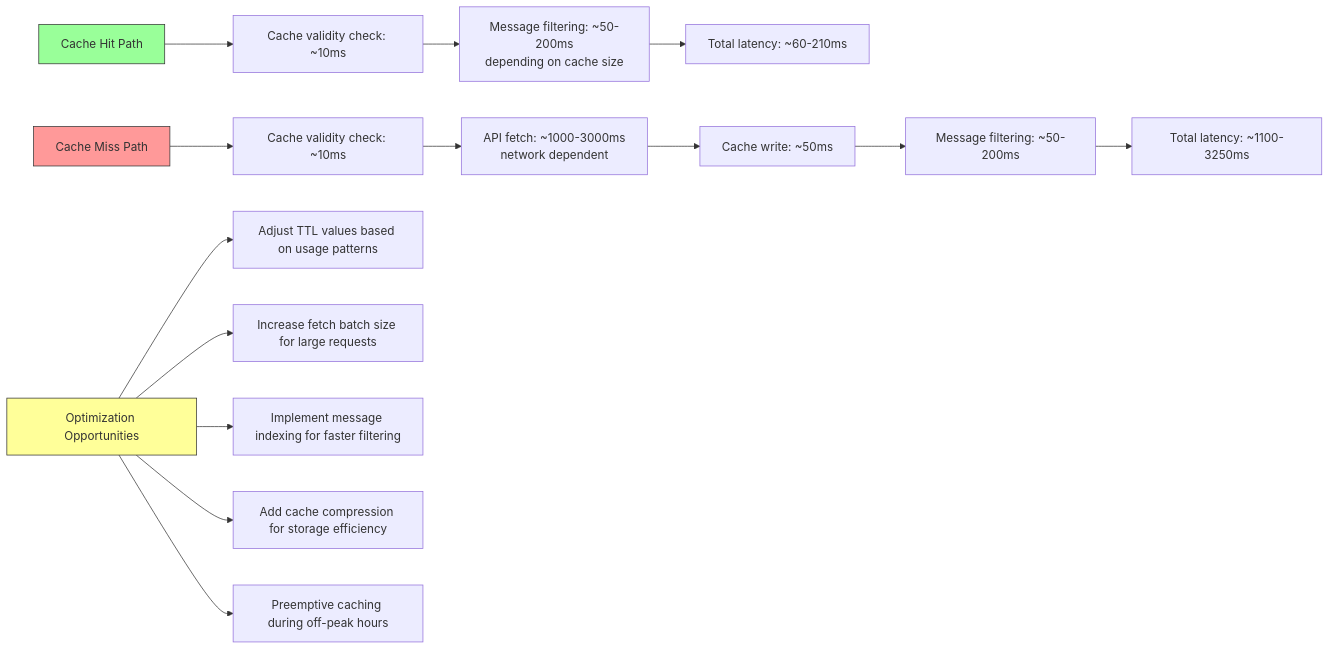
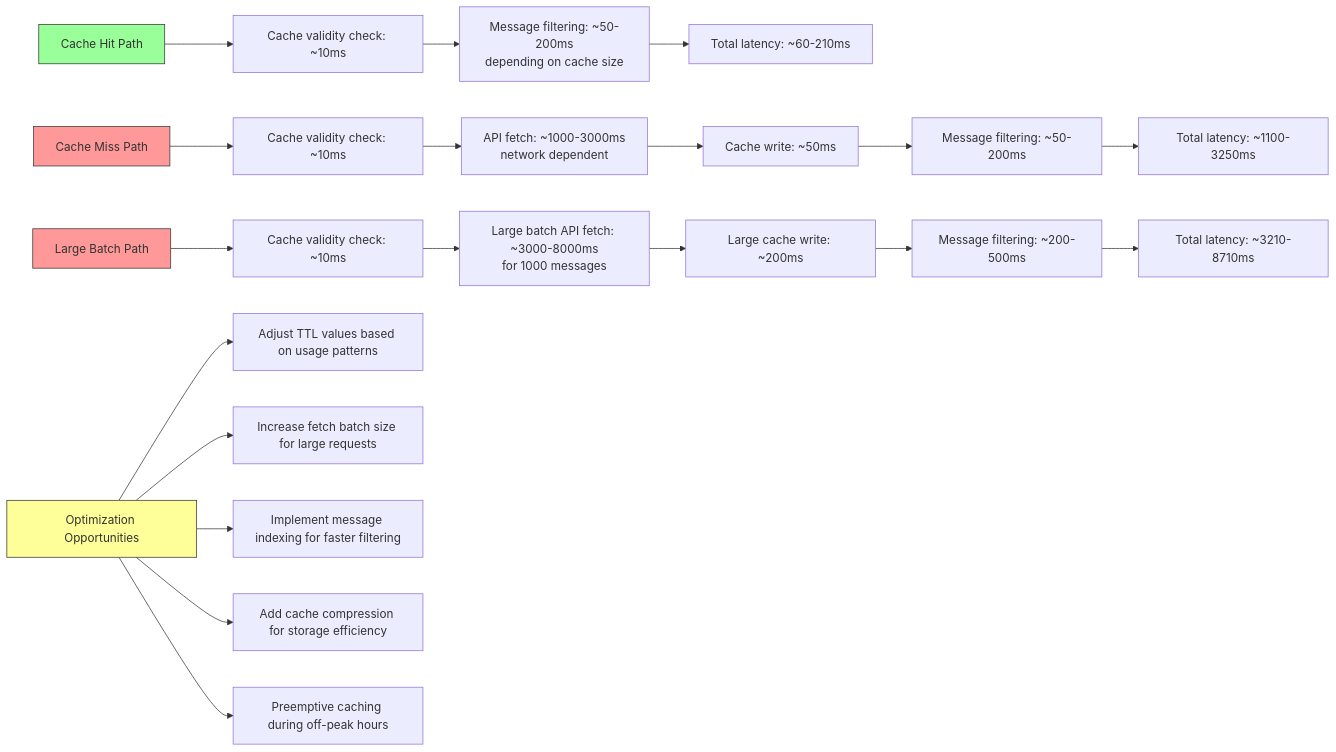
Before and after one commit to almazom/MCP-Fallback-Scripts: the ninth of 9 diagrams in .qoder/repowiki/en/content/Tool Overview & Core Value/Data Flow and Message Processing Pipeline.md, drawn with Mermaid. The commit also changed other lines of this file and 44 other files, not shown here.

````diff
--- a/.qoder/repowiki/en/content/Tool Overview & Core Value/Data Flow and Message Processing Pipeline.md
+++ b/.qoder/repowiki/en/content/Tool Overview & Core Value/Data Flow and Message Processing Pipeline.md
@@ -226,19 +271,25 @@
 ```mermaid
 flowchart LR
 CacheHit["Cache Hit Path"] --> Check["Cache validity check: ~10ms"]
 Check --> Filter["Message filtering: ~50-200ms<br/>depending on cache size"]
 Filter --> Output["Total latency: ~60-210ms"]
 CacheMiss["Cache Miss Path"] --> Check2["Cache validity check: ~10ms"]
 Check2 --> Fetch["API fetch: ~1000-3000ms<br/>network dependent"]
 Fetch --> CacheWrite["Cache write: ~50ms"]
 CacheWrite --> Filter2["Message filtering: ~50-200ms"]
 Filter2 --> Output2["Total latency: ~1100-3250ms"]
+LargeBatch["Large Batch Path"] --> Check3["Cache validity check: ~10ms"]
+Check3 --> FetchLarge["Large batch API fetch: ~3000-8000ms<br/>for 1000 messages"]
+FetchLarge --> CacheWriteLarge["Large cache write: ~200ms"]
+CacheWriteLarge --> FilterLarge["Message filtering: ~200-500ms"]
+FilterLarge --> OutputLarge["Total latency: ~3210-8710ms"]
 Optimization["Optimization Opportunities"] --> TTL["Adjust TTL values based on usage patterns"]
 Optimization --> Batch["Increase fetch batch size for large requests"]
 Optimization --> Index["Implement message indexing for faster filtering"]
 Optimization --> Compress["Add cache compression for storage efficiency"]
 Optimization --> Preemptive["Preemptive caching during off-peak hours"]
 style CacheHit fill:#9f9,stroke:#333
 style CacheMiss fill:#f99,stroke:#333
+style LargeBatch fill:#f99,stroke:#333
 style Optimization fill:#ff9,stroke:#333
 ```
````
